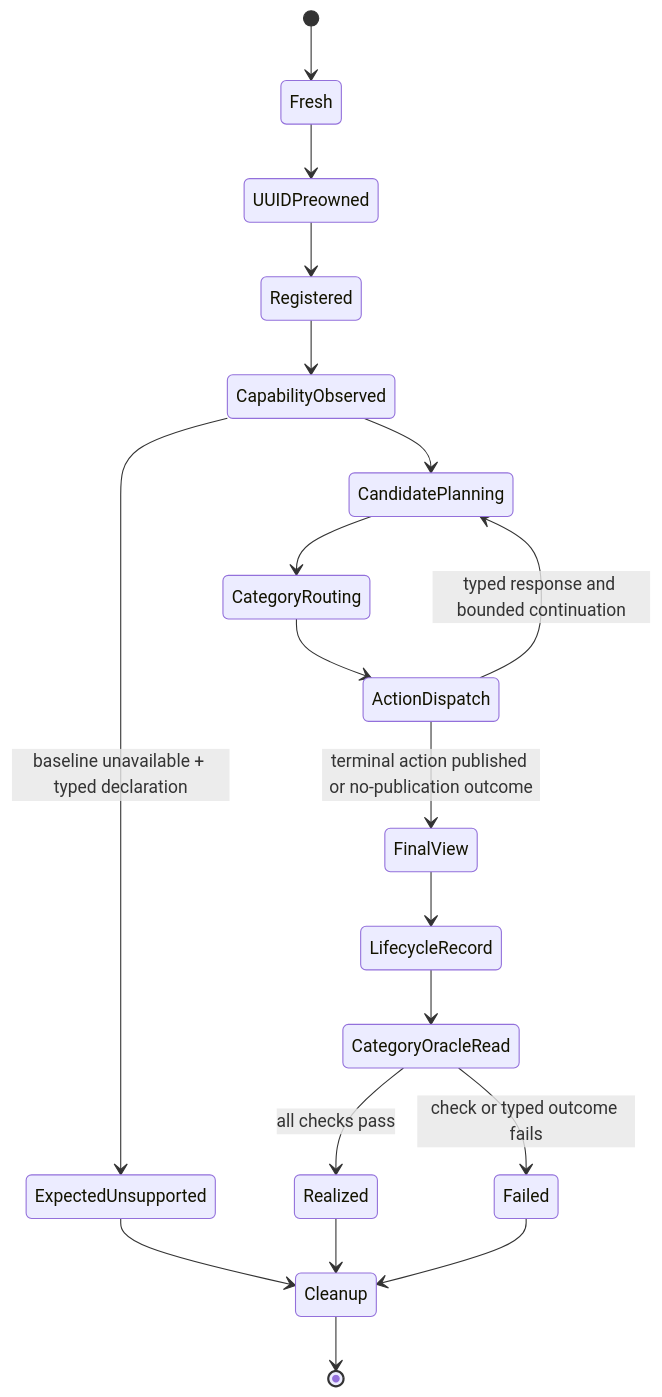
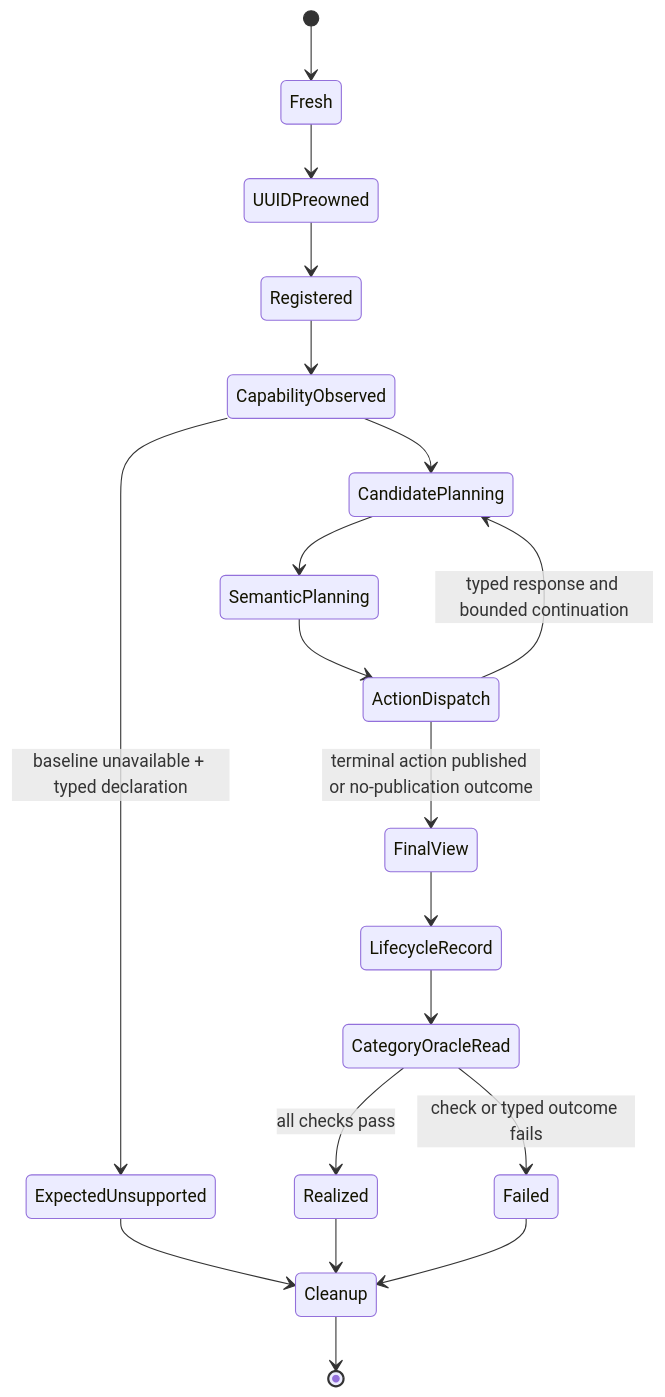
One commit to 1amageek/Rupa changed the fifth of 6 diagrams in RupaKit/Sources/RupaAgentCADBenchmark/DESIGN.md. Above: the diagram before and after it, drawn with Mermaid. The commit also changed other lines of this file and 212 other files, not shown here.

Commit message:
Remove raw Agent feature graph access

````diff
--- a/RupaKit/Sources/RupaAgentCADBenchmark/DESIGN.md
+++ b/RupaKit/Sources/RupaAgentCADBenchmark/DESIGN.md
@@ -2952,21 +2966,21 @@
 ```mermaid
 stateDiagram-v2
     [*] --> Fresh
     Fresh --> UUIDPreowned
     UUIDPreowned --> Registered
     Registered --> CapabilityObserved
     CapabilityObserved --> CandidatePlanning
-    CandidatePlanning --> CategoryRouting
-    CategoryRouting --> ActionDispatch
+    CandidatePlanning --> SemanticPlanning
+    SemanticPlanning --> ActionDispatch
     ActionDispatch --> CandidatePlanning: typed response and bounded continuation
     ActionDispatch --> FinalView: terminal action published or no-publication outcome
     FinalView --> LifecycleRecord
     LifecycleRecord --> CategoryOracleRead
     CategoryOracleRead --> Realized: all checks pass
     CategoryOracleRead --> Failed: check or typed outcome fails
     CapabilityObserved --> ExpectedUnsupported: baseline unavailable + typed declaration
     ExpectedUnsupported --> Cleanup
     Realized --> Cleanup
     Failed --> Cleanup
     Cleanup --> [*]
 ```
````
